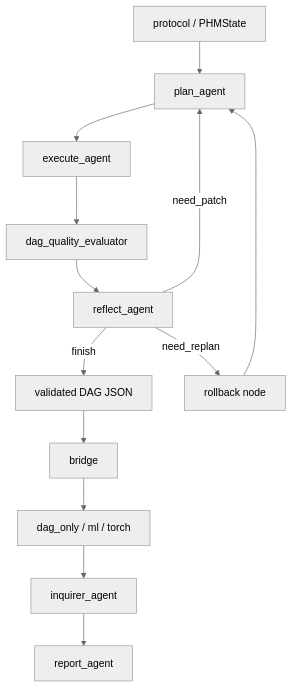
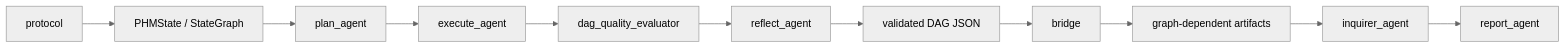
One commit to PHMbench/PHMGA changed the diagram in README.md. Above: the diagram before and after it, drawn with Mermaid (neutral theme). The commit also changed other lines of this file and 73 other files, not shown here.

````diff
--- a/README.md
+++ b/README.md
@@ -169,18 +19,13 @@
 ```mermaid
-flowchart TD
-    A[protocol / PHMState]
-    B[plan_agent]
-    C[execute_agent]
-    D[dag_quality_evaluator]
-    E[reflect_agent]
-    F[validated DAG JSON]
-    G[bridge]
-    H[dag_only / ml / torch]
-    I[inquirer_agent]
-    J[report_agent]
-
-    A --> B --> C --> D --> E
-    E -- need_patch --> B
-    E -- need_replan --> R[rollback node] --> B
-    E -- finish --> F --> G --> H --> I --> J
+flowchart LR
+    A[protocol] --> B[PHMState / StateGraph]
+    B --> C[plan_agent]
+    C --> D[execute_agent]
+    D --> E[dag_quality_evaluator]
+    E --> F[reflect_agent]
+    F --> G[validated DAG JSON]
+    G --> H[bridge]
+    H --> I[graph-dependent artifacts]
+    I --> J[inquirer_agent]
+    J --> K[report_agent]
 ```
````
